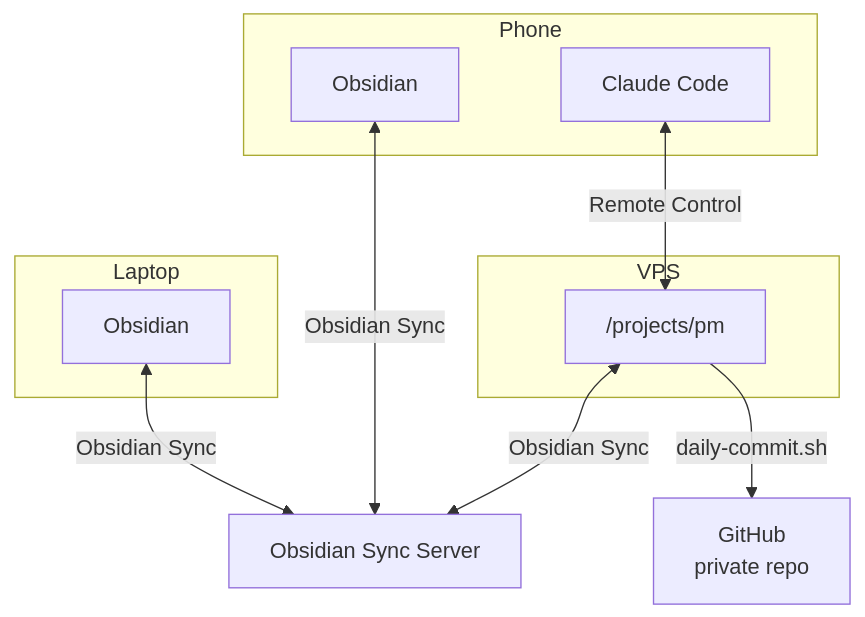
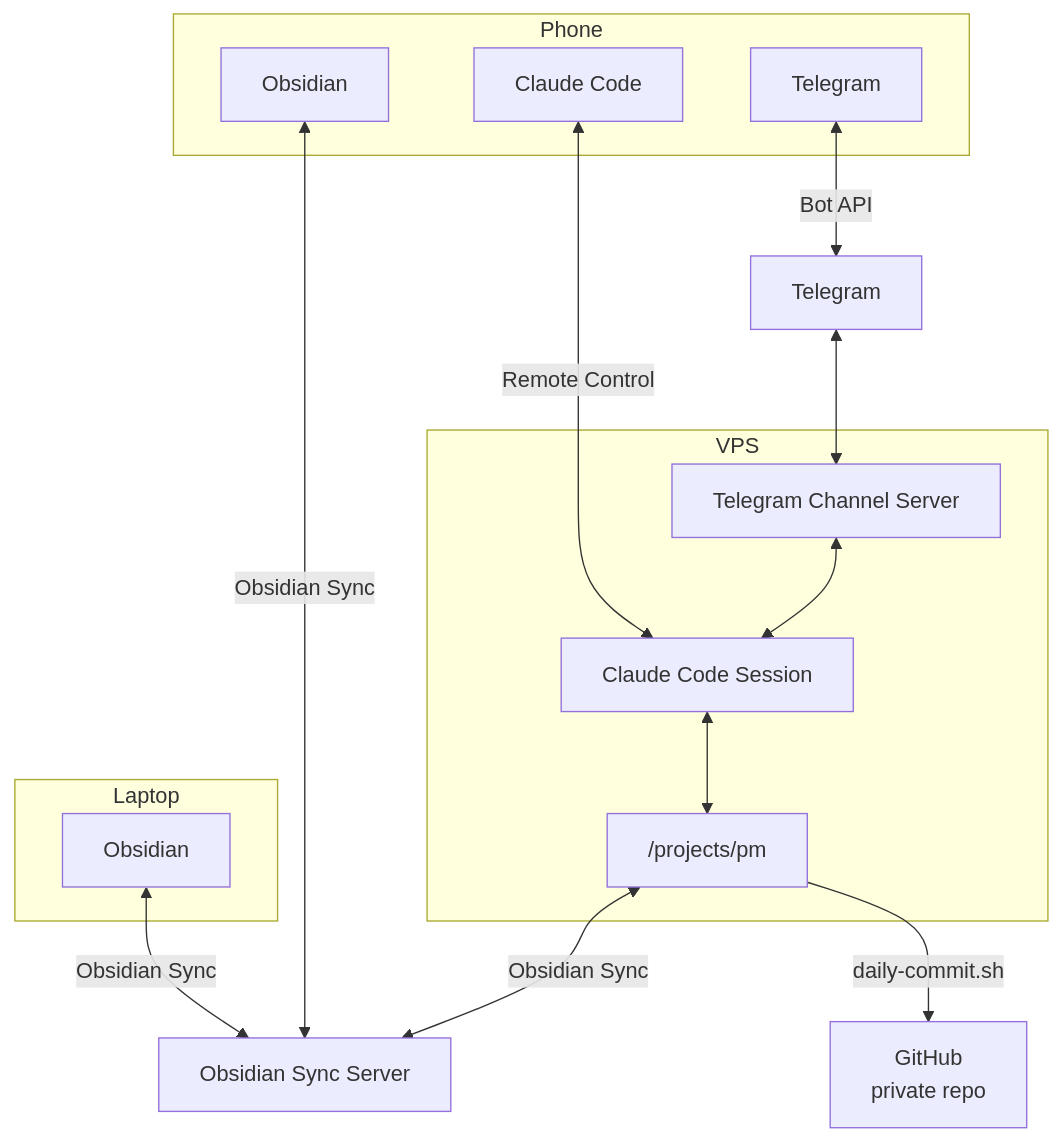
One commit to oliveryh/pm changed the diagram in Projects/Obsidian as a Personal Assistant.md. Above: the diagram before and after it, drawn with Mermaid. The commit also changed other lines of this file and 77 other files, not shown here.

````diff
--- a/Projects/Obsidian as a Personal Assistant.md
+++ b/Projects/Obsidian as a Personal Assistant.md
@@ -51,19 +53,26 @@
 ```mermaid
 flowchart TD
     subgraph laptop[Laptop]
         A[Obsidian]
     end
     subgraph phone[Phone]
         B[Obsidian]
         E[Claude Code]
+        F[Telegram]
     end
     subgraph vps[VPS]
         C["/projects/pm"]
+        G[Claude Code Session]
+        H[Telegram Channel Server]
     end
 
     A <-->|Obsidian Sync| S[Obsidian Sync Server]
     B <-->|Obsidian Sync| S
     C <-->|Obsidian Sync| S
     C -->|daily-commit.sh| D[GitHub<br>private repo]
-    E <-->|Remote Control| C
+    E <-->|Remote Control| G
+    G <--> C
+    F <-->|Bot API| T[Telegram]
+    T <--> H
+    H <--> G
 ```
````
